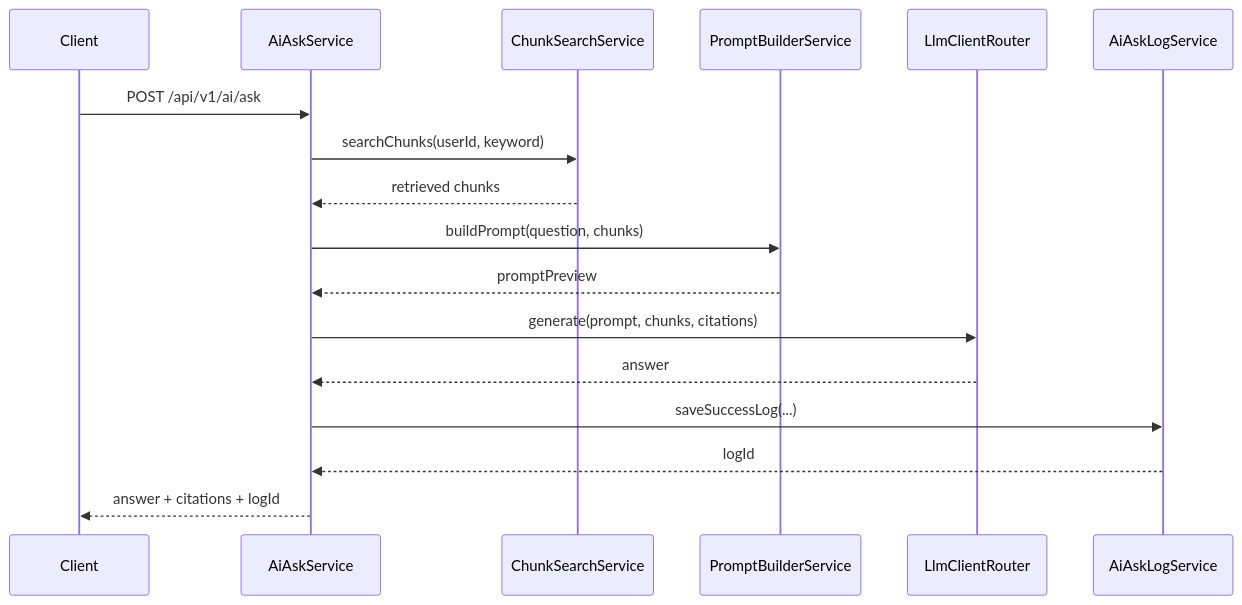
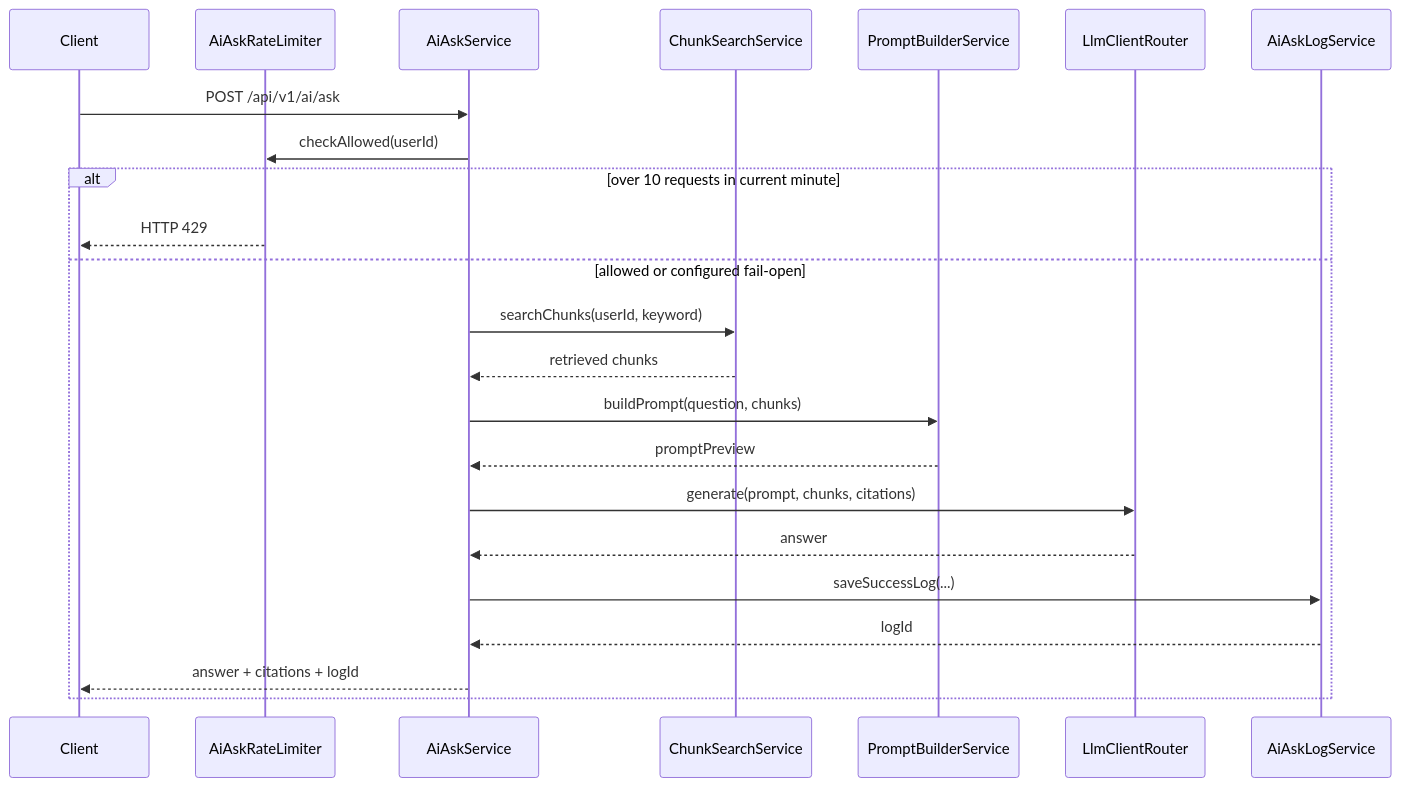
The third of 3 diagrams in backend/docs/architecture.md (wwjorker/devmind), drawn with Mermaid before and after one commit. The commit also changed other lines of this file and 15 other files, not shown here.

Commit message:
feat: rate limit AI ask requests with Redis

````diff
--- a/backend/docs/architecture.md
+++ b/backend/docs/architecture.md
@@ -105,20 +106,26 @@
 ```mermaid
 sequenceDiagram
     participant Client
+    participant Limit as AiAskRateLimiter
     participant AI as AiAskService
     participant Search as ChunkSearchService
     participant Prompt as PromptBuilderService
     participant LLM as LlmClientRouter
     participant Log as AiAskLogService
 
     Client->>AI: POST /api/v1/ai/ask
+    AI->>Limit: checkAllowed(userId)
+    alt over 10 requests in current minute
+        Limit-->>Client: HTTP 429
+    else allowed or configured fail-open
     AI->>Search: searchChunks(userId, keyword)
     Search-->>AI: retrieved chunks
     AI->>Prompt: buildPrompt(question, chunks)
     Prompt-->>AI: promptPreview
     AI->>LLM: generate(prompt, chunks, citations)
     LLM-->>AI: answer
     AI->>Log: saveSuccessLog(...)
     Log-->>AI: logId
     AI-->>Client: answer + citations + logId
+    end
 ```
````
